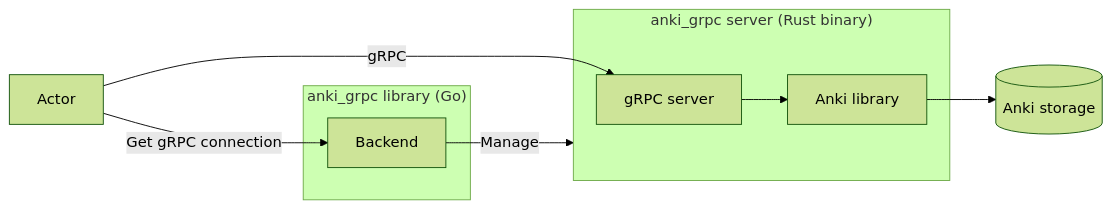
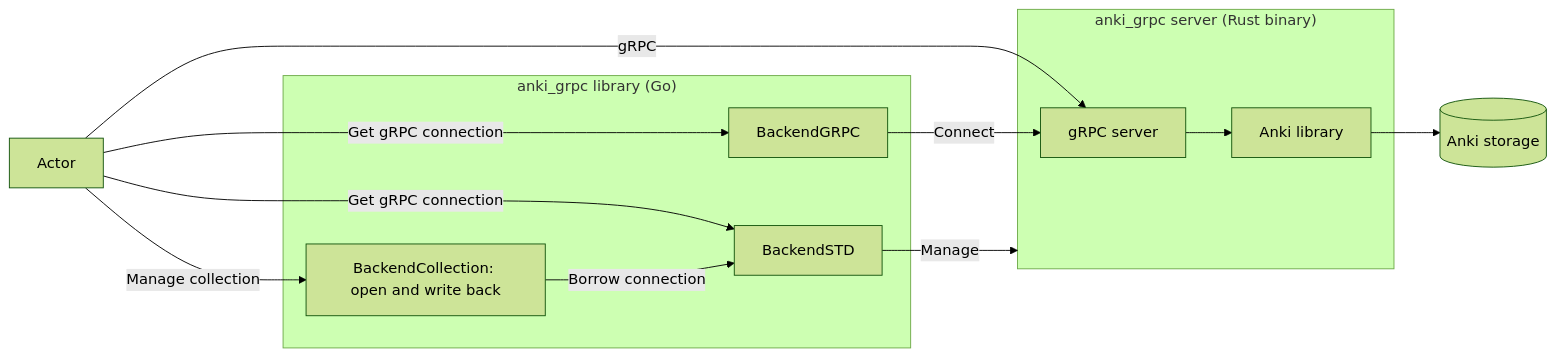
One commit to alwaldend/src changed the diagram in projects/anki_grpc/docs/architecture.mmd. Above: the diagram before and after it, drawn with Mermaid (forest theme). The commit also changed 23 other files, not shown here.

```diff
--- a/projects/anki_grpc/docs/architecture.mmd
+++ b/projects/anki_grpc/docs/architecture.mmd
@@ -1,13 +1,19 @@
 flowchart LR
     actor[Actor]
     subgraph anki_grpc_library["anki_grpc library (Go)"]
-        backend[Backend]
+        backend[BackendSTD]
+        connection[BackendGRPC]
+        collection[BackendCollection: open and write back]
     end
     subgraph anki_grpc_server["anki_grpc server (Rust binary)"]
         server[gRPC server] --> library[Anki library]
     end
     storage[("Anki storage")]
     actor -->|gRPC| server
     actor -->|Get gRPC connection| backend
+    actor -->|Get gRPC connection| connection
+    actor -->|Manage collection| collection
+    collection -->|Borrow connection| backend
+    connection -->|Connect| server
     backend -->|Manage| anki_grpc_server
     library --> storage
```
